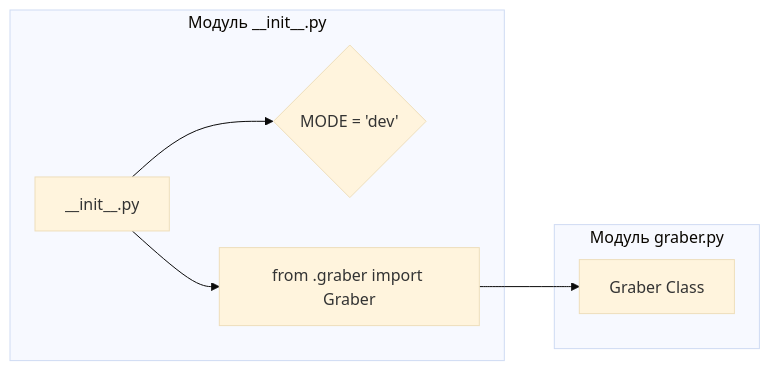
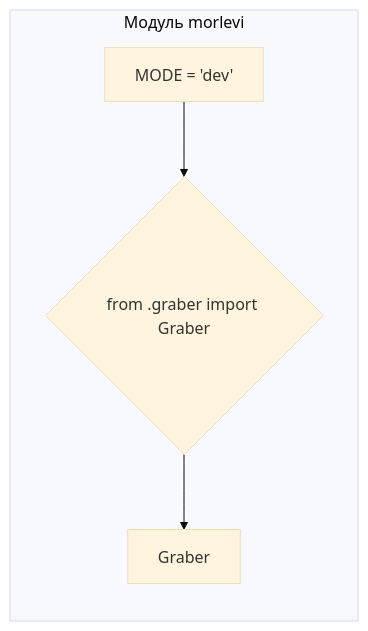
One commit to hypo69/hypo changed the second of 2 diagrams in docs/gemini/ru/explainer/src/suppliers/morlevi/__init__.md. Above: the diagram before and after it, drawn with Mermaid (base theme). The commit also changed other lines of this file and 468 other files, not shown here.

````diff
--- a/docs/gemini/ru/explainer/src/suppliers/morlevi/__init__.md
+++ b/docs/gemini/ru/explainer/src/suppliers/morlevi/__init__.md
@@ -37,10 +51,7 @@
 ```mermaid
 graph LR
-    subgraph Модуль __init__.py
-        A[__init__.py] --> B{MODE = 'dev'};
-        A --> C[from .graber import Graber];
-    end
-    subgraph Модуль graber.py
-        C --> D[Graber Class];
+    subgraph Модуль morlevi
+        A[MODE = 'dev'] --> B{from .graber import Graber};
+        B --> C[Graber];
     end
 ```
````
